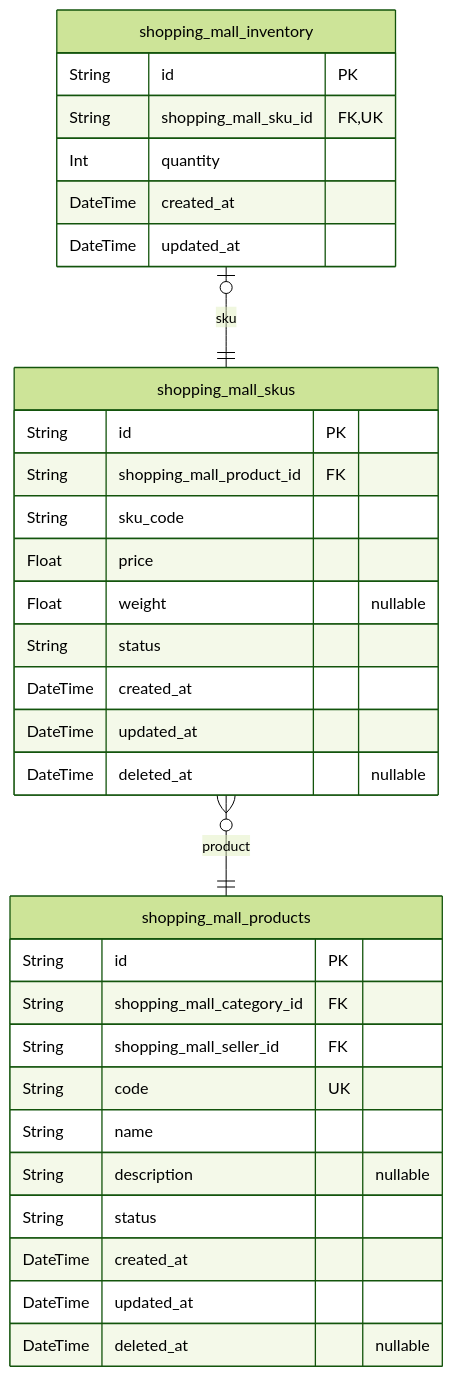
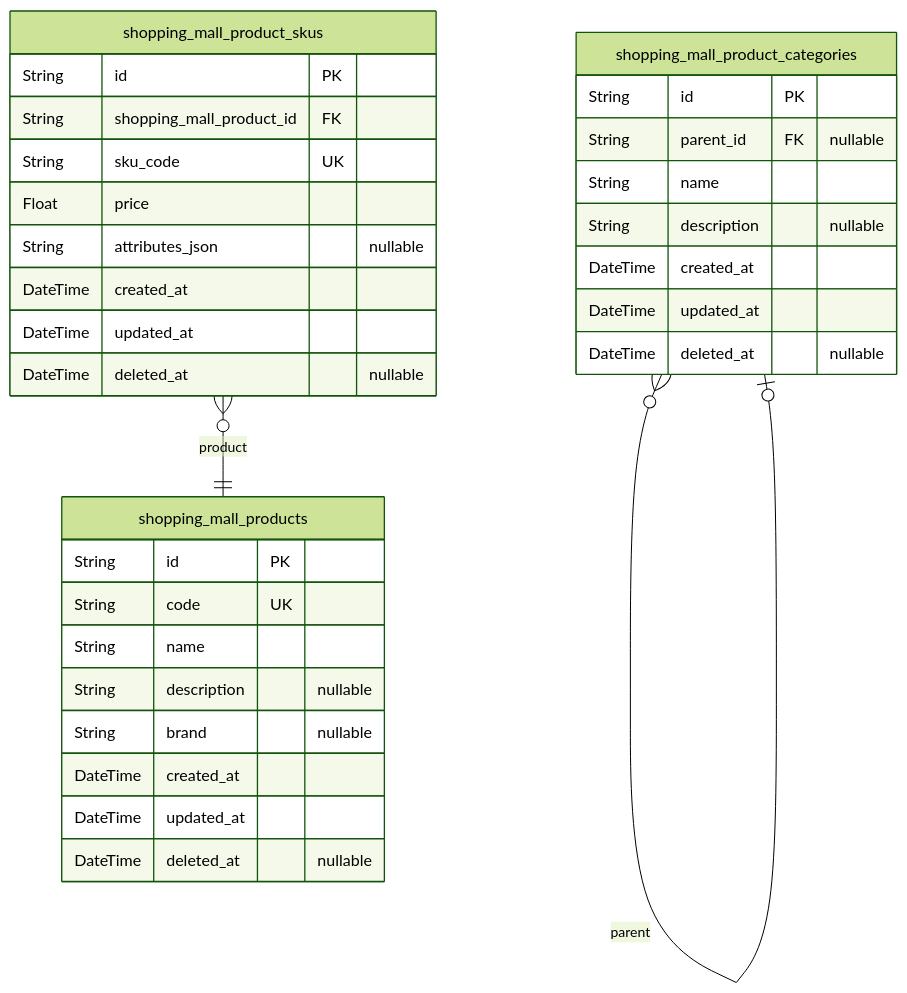
The third of 11 diagrams in openai/gpt-4.1-mini/shopping/docs/ERD.md (wrtnlabs/autobe-examples), drawn with Mermaid (forest theme) before and after one commit. The commit also changed other lines of this file and 16146 other files, not shown here.

````diff
--- a/openai/gpt-4.1-mini/shopping/docs/ERD.md
+++ b/openai/gpt-4.1-mini/shopping/docs/ERD.md
@@ -217,35 +276,34 @@
 ```mermaid
 erDiagram
-"shopping_mall_products" {
+"shopping_mall_product_categories" {
   String id PK
-  String shopping_mall_category_id FK
-  String shopping_mall_seller_id FK
-  String code UK
+  String parent_id FK "nullable"
   String name
   String description "nullable"
-  String status
   DateTime created_at
   DateTime updated_at
   DateTime deleted_at "nullable"
 }
-"shopping_mall_skus" {
+"shopping_mall_products" {
   String id PK
-  String shopping_mall_product_id FK
-  String sku_code
-  Float price
-  Float weight "nullable"
-  String status
+  String code UK
+  String name
+  String description "nullable"
+  String brand "nullable"
   DateTime created_at
   DateTime updated_at
   DateTime deleted_at "nullable"
 }
-"shopping_mall_inventory" {
+"shopping_mall_product_skus" {
   String id PK
-  String shopping_mall_sku_id FK,UK
-  Int quantity
+  String shopping_mall_product_id FK
+  String sku_code UK
+  Float price
+  String attributes_json "nullable"
   DateTime created_at
   DateTime updated_at
+  DateTime deleted_at "nullable"
 }
-"shopping_mall_skus" }o--|| "shopping_mall_products" : product
-"shopping_mall_inventory" |o--|| "shopping_mall_skus" : sku
+"shopping_mall_product_categories" }o--o| "shopping_mall_product_categories" : parent
+"shopping_mall_product_skus" }o--|| "shopping_mall_products" : product
 ```
````
